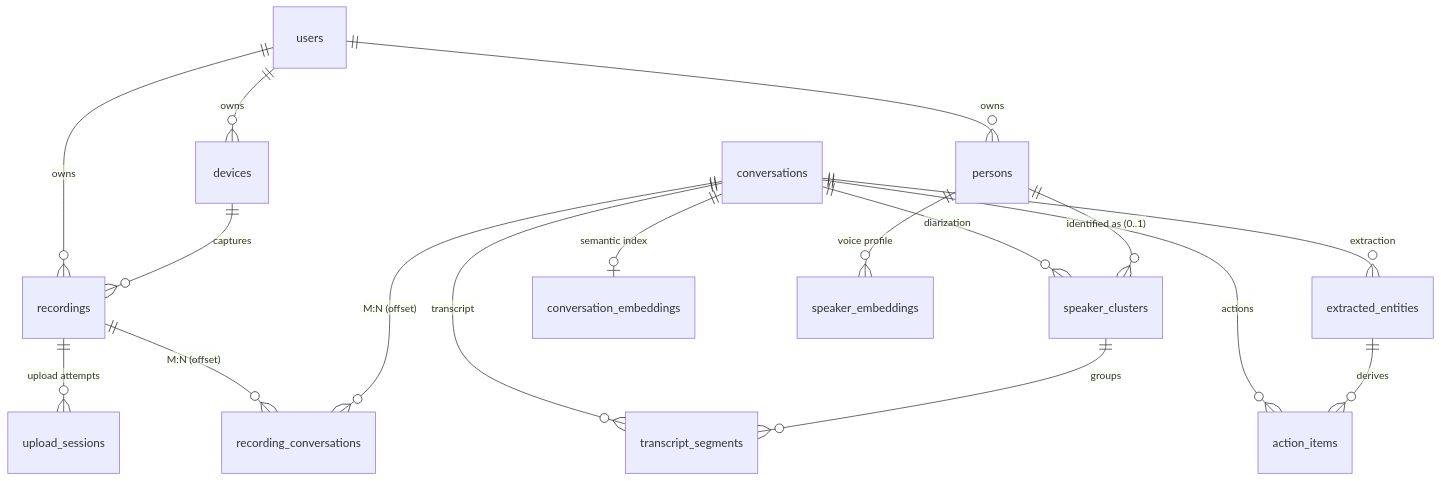
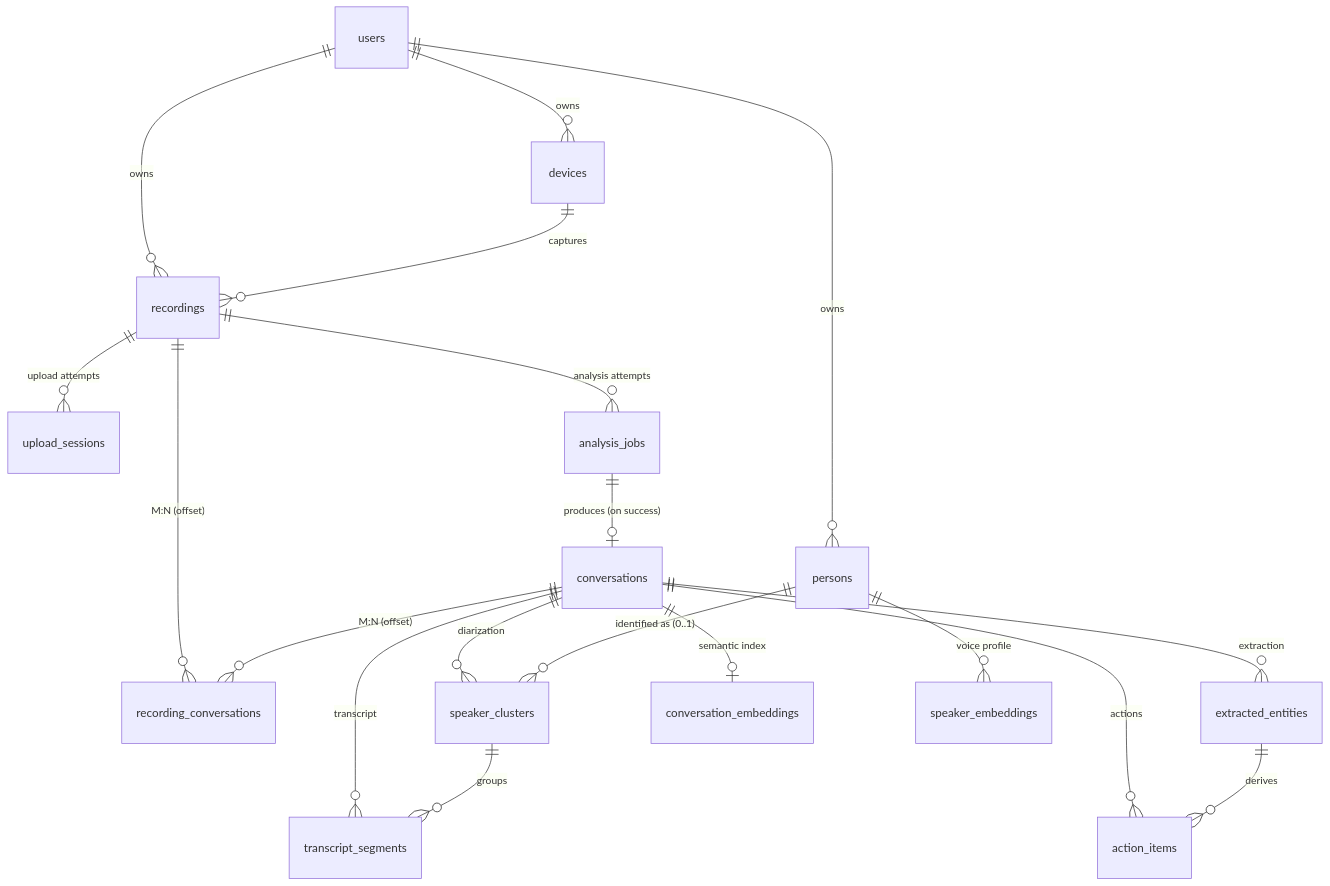
Before and after one commit to hyunu/gyeol: the diagram in docs/10-domain-model.md, drawn with Mermaid. The commit also changed other lines of this file and 31 other files, not shown here.

````diff
--- a/docs/10-domain-model.md
+++ b/docs/10-domain-model.md
@@ -33,22 +33,24 @@
 ```mermaid
 erDiagram
     users ||--o{ devices : "owns"
     users ||--o{ recordings : "owns"
     users ||--o{ persons : "owns"
     devices ||--o{ recordings : "captures"
 
     recordings ||--o{ upload_sessions : "upload attempts"
+    recordings ||--o{ analysis_jobs : "analysis attempts"
+    analysis_jobs ||--o| conversations : "produces (on success)"
     recordings ||--o{ recording_conversations : "M:N (offset)"
     conversations ||--o{ recording_conversations : "M:N (offset)"
 
     conversations ||--o{ speaker_clusters : "diarization"
     conversations ||--o{ transcript_segments : "transcript"
     conversations ||--o{ extracted_entities : "extraction"
     conversations ||--o{ action_items : "actions"
     conversations ||--o| conversation_embeddings : "semantic index"
 
     speaker_clusters ||--o{ transcript_segments : "groups"
     persons ||--o{ speaker_clusters : "identified as (0..1)"
     persons ||--o{ speaker_embeddings : "voice profile"
     extracted_entities ||--o{ action_items : "derives"
 ```
````
